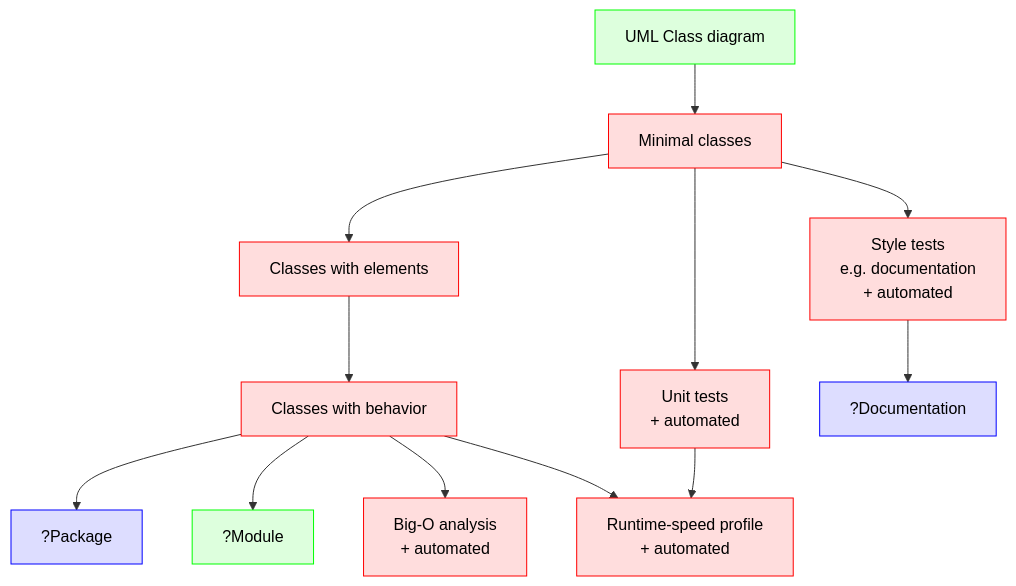
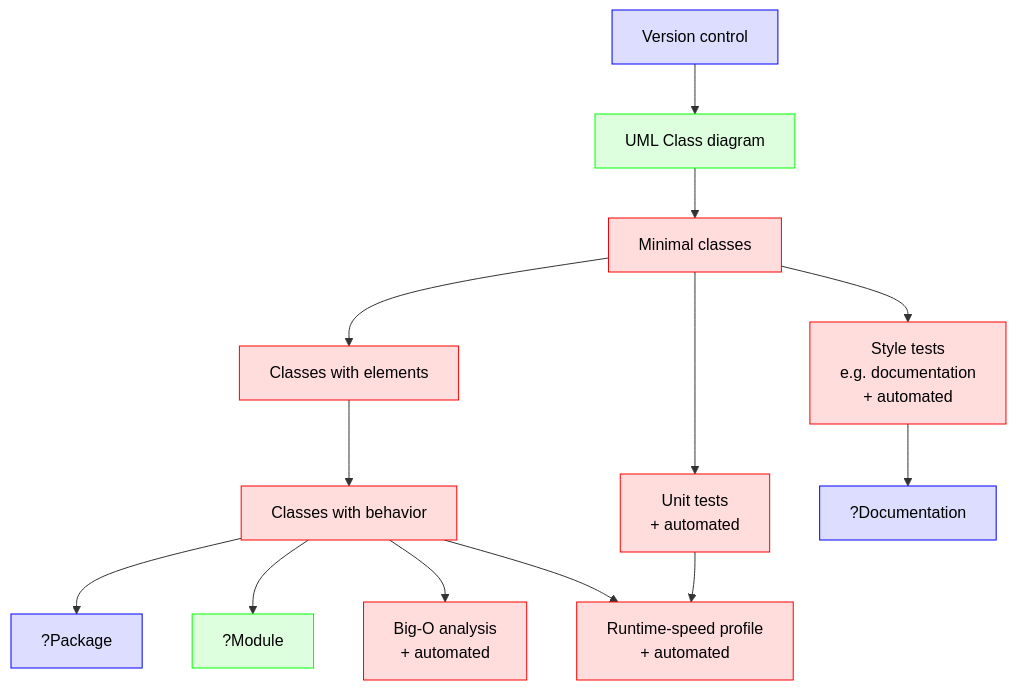
The third of 3 diagrams in docs/intro.md (UPPMAX/programming_formalisms), drawn with Mermaid before and after one commit. The commit also changed other lines of this file, not shown here.

Commit message:
Version control is part of the project

````diff
--- a/docs/intro.md
+++ b/docs/intro.md
@@ -205,30 +205,32 @@
 ```mermaid
 flowchart TB
   classDef bjorn_node fill:#ddf,color:#000,stroke:#00f
   classDef lars_node fill:#dfd,color:#000,stroke:#0f0
   classDef richel_node fill:#fdd,color:#000,stroke:#f00
 
+  version_control[Version control]:::bjorn_node
   uml_class_diagram[UML Class diagram]:::lars_node
   minimal_classes[Minimal classes]:::richel_node
   unit_tests[Unit tests\n+ automated]:::richel_node
   style_tests[Style tests\ne.g. documentation\n+ automated]:::richel_node
   classes_with_elements[Classes with elements]:::richel_node
   classes_with_behavior[Classes with behavior]:::richel_node
   runtime_speed_profile[Runtime-speed profile\n+ automated]:::richel_node
   big_o[Big-O analysis\n+ automated]:::richel_node
   package[?Package]:::bjorn_node
   module[?Module]:::lars_node
   documentation[?Documentation]:::bjorn_node
 
+  version_control --> uml_class_diagram
   uml_class_diagram --> minimal_classes
   minimal_classes --> classes_with_elements
   minimal_classes --> unit_tests
   minimal_classes --> style_tests
   classes_with_elements --> classes_with_behavior
   classes_with_behavior --> package
   classes_with_behavior --> module
   classes_with_behavior --> big_o
   style_tests --> documentation
   unit_tests --> runtime_speed_profile
   classes_with_behavior --> runtime_speed_profile
 ```
````
